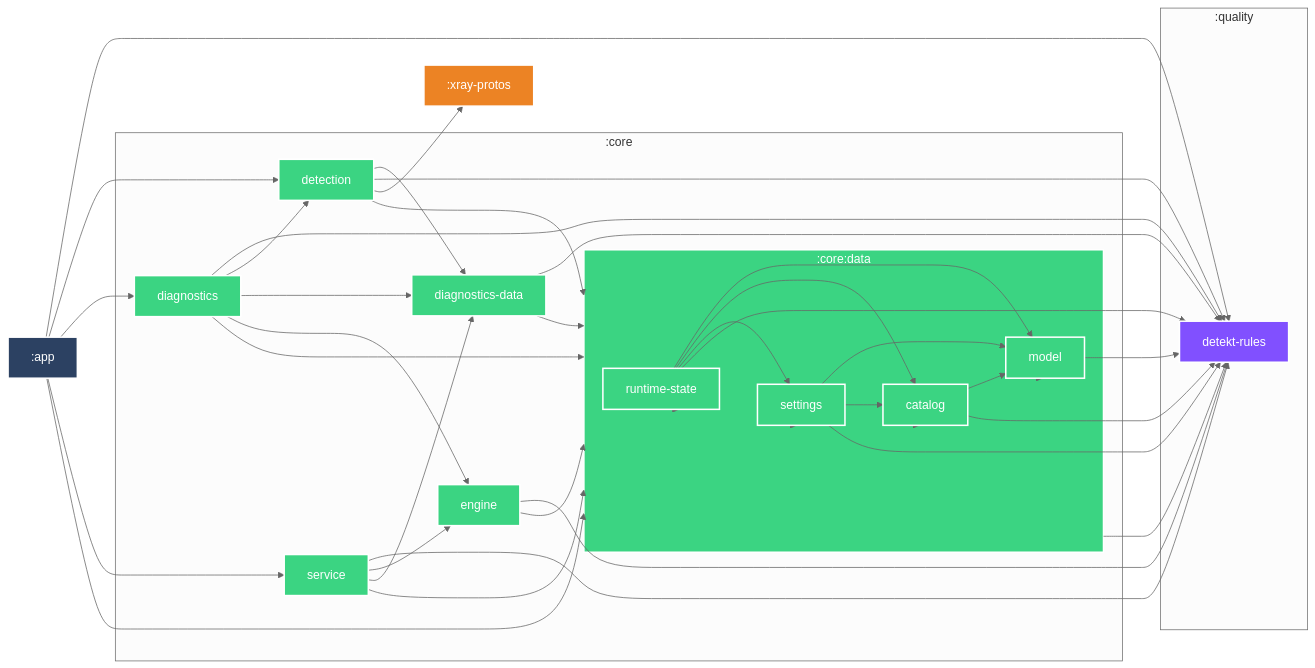
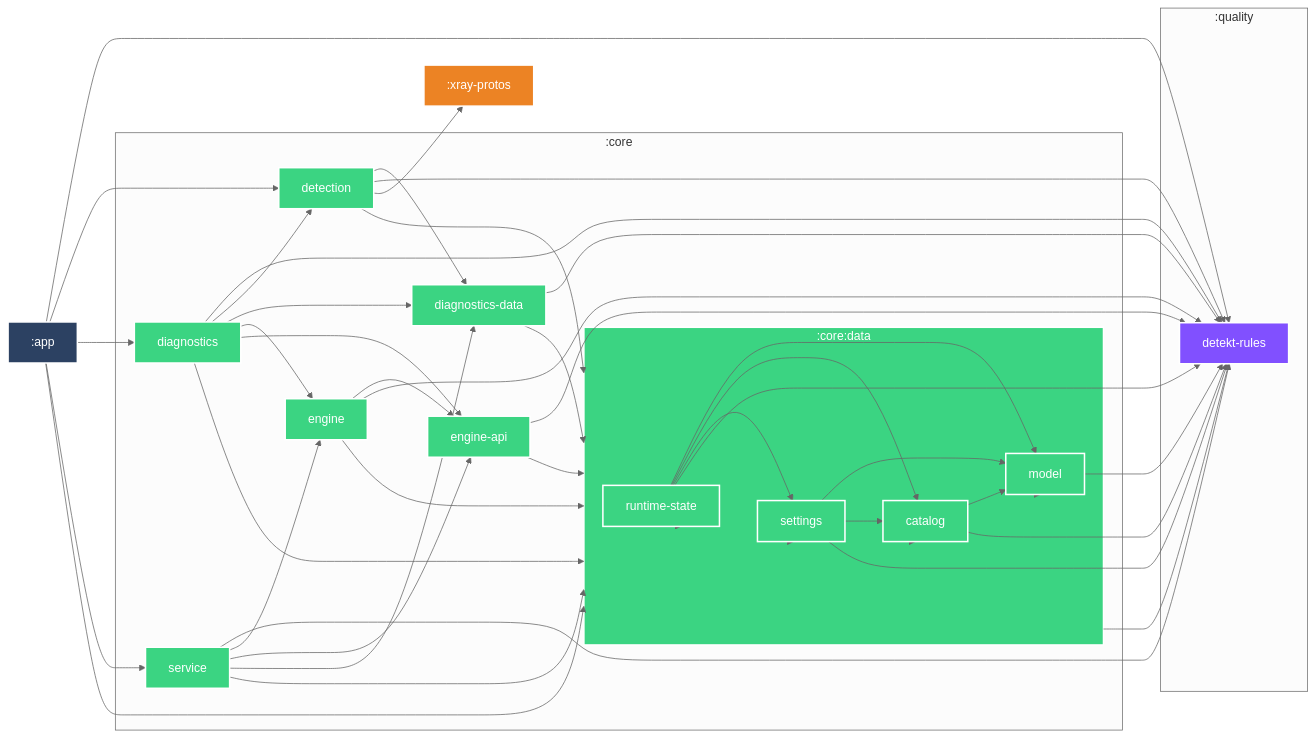
One commit to po4yka/RIPDPI changed the diagram in docs/architecture/MODULE_GRAPH.md. Above: the diagram before and after it, drawn with Mermaid. The commit also changed 17 other files, not shown here.

```diff
--- a/docs/architecture/MODULE_GRAPH.md
+++ b/docs/architecture/MODULE_GRAPH.md
@@ -20,6 +20,7 @@
   subgraph :core
     :core:service["service"]
     :core:engine["engine"]
+    :core:engine-api["engine-api"]
     :core:data["data"]
     :core:diagnostics-data["diagnostics-data"]
     :core:detection["detection"]
@@ -39,8 +40,11 @@
   :core:data:settings --> :quality:detekt-rules
   :core:service --> :quality:detekt-rules
   :core:service --> :core:engine
+  :core:service --> :core:engine-api
   :core:service --> :core:data
   :core:service --> :core:diagnostics-data
+  :core:engine-api --> :quality:detekt-rules
+  :core:engine-api --> :core:data
   :core:diagnostics-data --> :quality:detekt-rules
   :core:diagnostics-data --> :core:data
   :app --> :quality:detekt-rules
@@ -60,6 +64,8 @@
   :core:diagnostics --> :core:detection
   :core:diagnostics --> :core:diagnostics-data
   :core:diagnostics --> :core:engine
+  :core:diagnostics --> :core:engine-api
+  :core:engine --> :core:engine-api
   :core:engine --> :quality:detekt-rules
   :core:engine --> :core:data
   :core:data:model --> :quality:detekt-rules
@@ -82,6 +88,7 @@
 class :quality:detekt-rules kotlin-jvm
 class :core:service android-library
 class :core:engine android-library
+class :core:engine-api android-library
 class :core:data android-library
 class :core:diagnostics-data android-library
 class :app android-application
```
